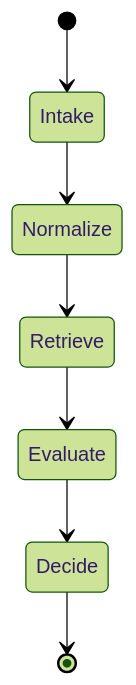
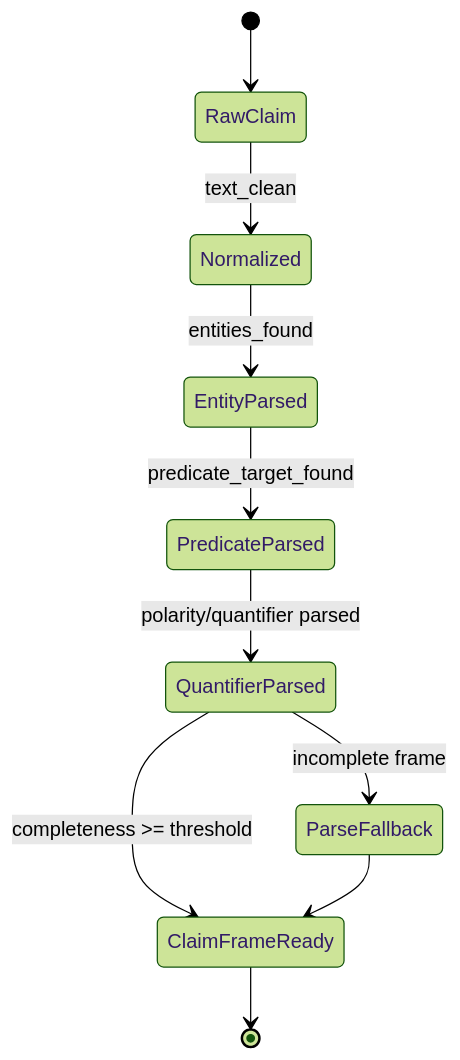
Before and after one commit to Luxia-AI/docs: the first of 5 diagrams in methodology/figures/02-intake-and-claim-understanding-pack.md, drawn with Mermaid (forest theme). The commit also changed other lines of this file and 9 other files, not shown here.

First line of the commit message:
Refactor methodology figures with updated Mermaid diagrams and enhanced clarity across multiple packs. Key changes include:

````diff
--- a/methodology/figures/02-intake-and-claim-understanding-pack.md
+++ b/methodology/figures/02-intake-and-claim-understanding-pack.md
@@ -16,9 +16,12 @@
 ```mermaid
 stateDiagram-v2
-    [*] --> Intake
-    Intake --> Normalize
-    Normalize --> Retrieve
-    Retrieve --> Evaluate
-    Evaluate --> Decide
-    Decide --> [*]
+  [*] --> RawClaim
+  RawClaim --> Normalized: text_clean
+  Normalized --> EntityParsed: entities_found
+  EntityParsed --> PredicateParsed: predicate_target_found
+  PredicateParsed --> QuantifierParsed: polarity/quantifier parsed
+  QuantifierParsed --> ClaimFrameReady: completeness >= threshold
+  QuantifierParsed --> ParseFallback: incomplete frame
+  ParseFallback --> ClaimFrameReady
+  ClaimFrameReady --> [*]
 ```
````
